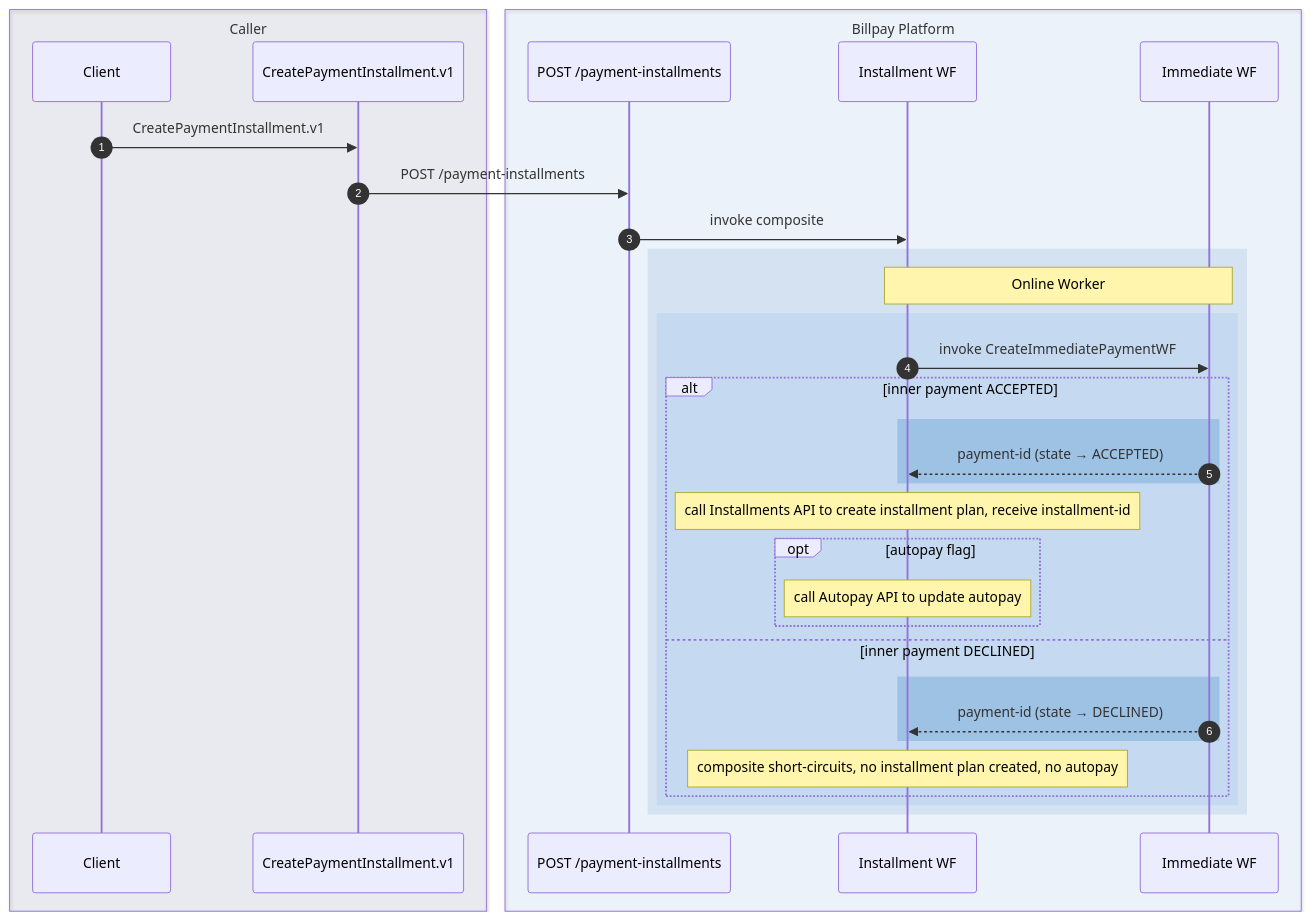
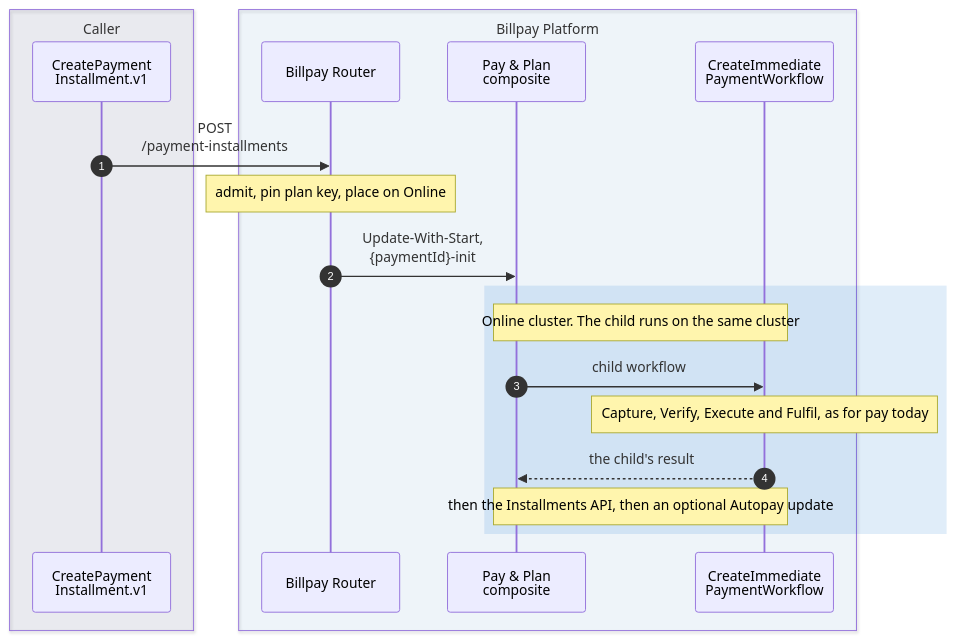
Diagram 12 of 13 in website/docs/design/sequence-diagrams.md (arunav-bhattacharya/billpay-book), drawn with Mermaid before and after one commit. The commit also changed other lines of this file and 50 other files, not shown here.

````diff
--- a/website/docs/design/sequence-diagrams.md
+++ b/website/docs/design/sequence-diagrams.md
@@ -827,46 +742,31 @@
 ```mermaid
 ---
 config:
   fontFamily: "BentonSansUI, Helvetica, Arial, sans-serif"
   fontSize: 15
 ---
 sequenceDiagram
   autonumber
 
   box rgba(0,23,90,0.07) Caller
-    participant C as Client
-    participant ODF as CreatePaymentInstallment.v1
+    participant OD as CreatePayment<br/>Installment.v1
   end
 
-  box rgba(1,111,208,0.06) Billpay Platform
-    participant API as POST /payment-installments
-    participant CWF as Installment WF
-    participant CIP as Immediate WF
+  box rgba(0,111,207,0.05) Billpay Platform
+    participant R as Billpay Router
+    participant PP as Pay #amp; Plan<br/>composite
+    participant CIW as CreateImmediate<br/>PaymentWorkflow
   end
 
-  C->>ODF: CreatePaymentInstallment.v1
-  ODF->>API: POST /payment-installments
-  API->>CWF: invoke composite
+  OD->>R: POST<br/>/payment-installments
+  Note over R: admit, pin plan key, place on Online
+  R->>PP: Update-With-Start,<br/>{paymentId}-init
 
-  rect rgba(1,91,179,0.10)
-    Note over CWF,CIP: Online Worker
-
-    rect rgba(96,165,224,0.13)
-      CWF->>CIP: invoke CreateImmediatePaymentWF
-      alt inner payment ACCEPTED
-        rect rgba(0,98,182,0.20)
-          CIP-->>CWF: payment-id (state → ACCEPTED)
-        end
-        Note over CWF: call Installments API to create installment plan, receive installment-id
-        opt autopay flag
-          Note over CWF: call Autopay API to update autopay
-        end
-      else inner payment DECLINED
-        rect rgba(0,98,182,0.20)
-          CIP-->>CWF: payment-id (state → DECLINED)
-        end
-        Note over CWF: composite short-circuits, no installment plan created, no autopay
-      end
-    end
+  rect rgba(0,111,207,0.12)
+    Note over PP,CIW: Online cluster. The child runs on the same cluster
+    PP->>CIW: child workflow
+    Note over CIW: Capture, Verify, Execute and Fulfil, as for pay today
+    CIW-->>PP: the child's result
+    Note over PP,CIW: then the Installments API, then an optional Autopay update
   end
 ```
````
